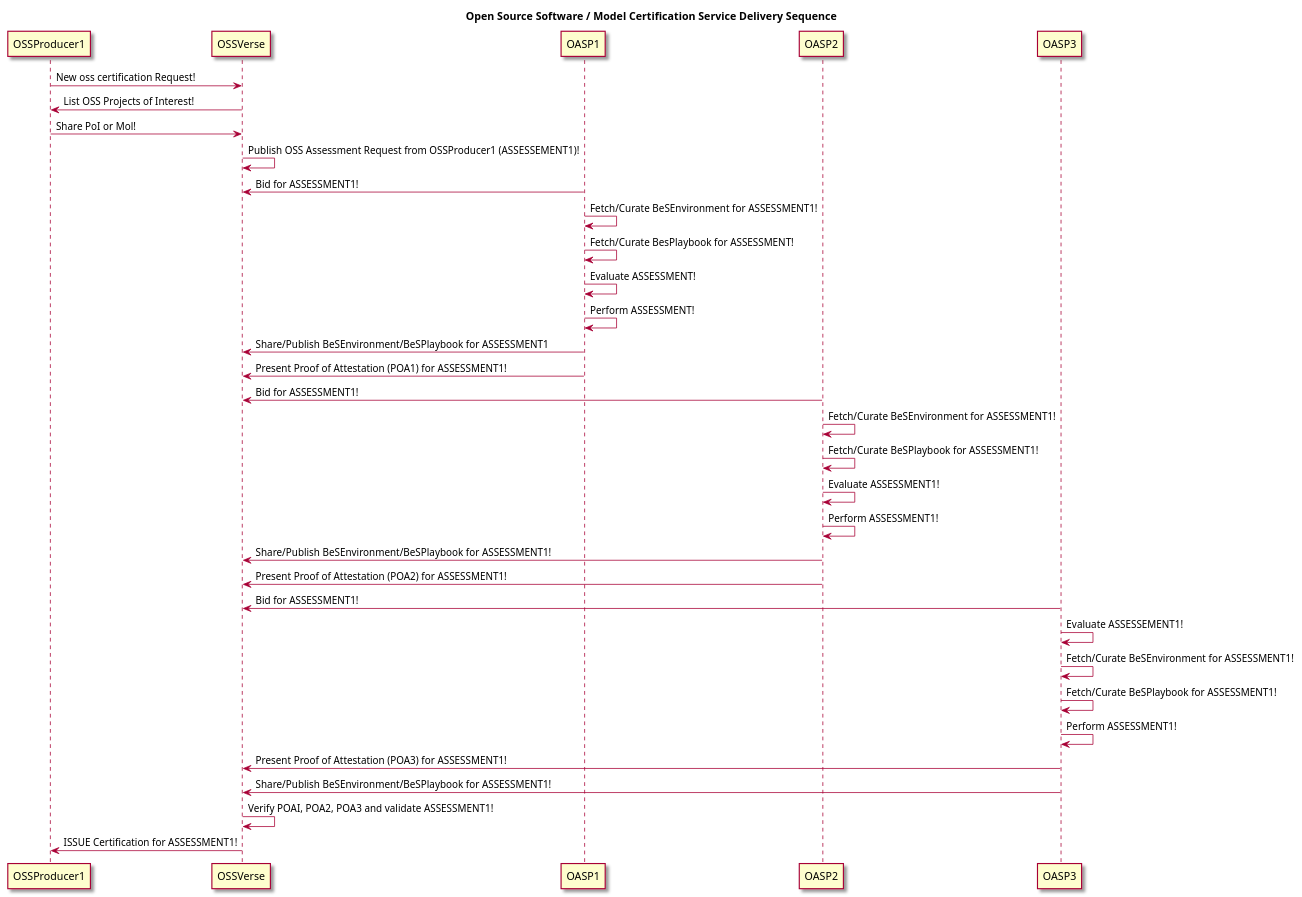
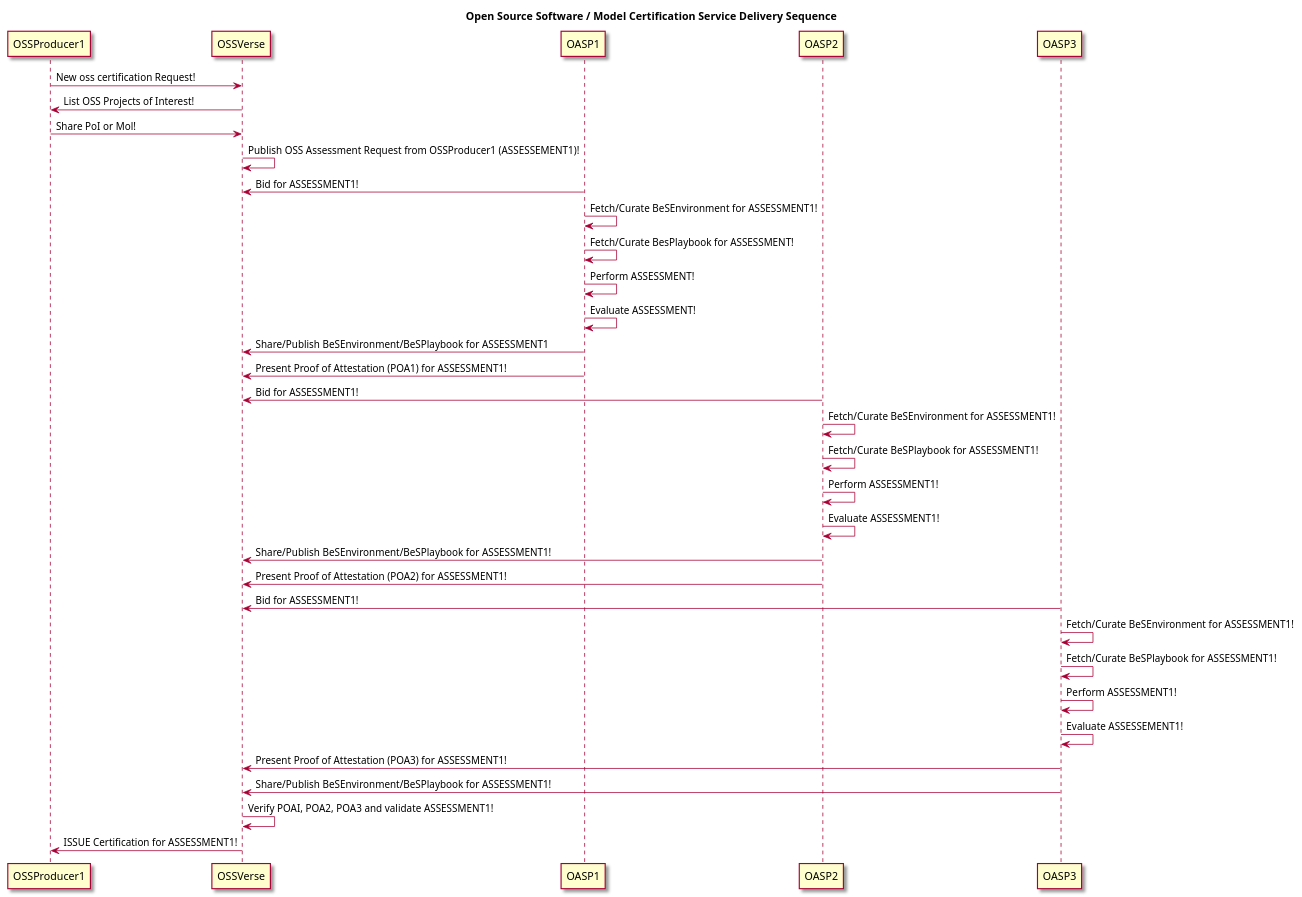
Before and after one commit to OSSVerse/OSSVerse: the diagram in docs/puml/OSSCertificationWorkflow.puml, drawn with PlantUML.

Commit message:
Update OSSCertificationWorkflow.puml
Changed the Order of Perform Assessment and Evaluate Assessment. Earlier the Evaluate was coming before Perform in the sequence diagram

```diff
--- a/docs/puml/OSSCertificationWorkflow.puml
+++ b/docs/puml/OSSCertificationWorkflow.puml
@@ -1,61 +1,59 @@
 @startuml
-
 skin rose
 
 title Open Source Software / Model Certification Service Delivery Sequence
 
 OSSProducer1 -> OSSVerse: New oss certification Request!
 
 OSSVerse -> OSSProducer1: List OSS Projects of Interest!
 
 OSSProducer1 -> OSSVerse: Share PoI or Mol!
 
 OSSVerse -> OSSVerse: Publish OSS Assessment Request from OSSProducer1 (ASSESSEMENT1)!
 
 OASP1 -> OSSVerse: Bid for ASSESSMENT1!
 
 OASP1 -> OASP1: Fetch/Curate BeSEnvironment for ASSESSMENT1!
 
 OASP1 -> OASP1: Fetch/Curate BesPlaybook for ASSESSMENT!
 
+OASP1 -> OASP1: Perform ASSESSMENT!
+
 OASP1 -> OASP1: Evaluate ASSESSMENT!
-
-OASP1 -> OASP1: Perform ASSESSMENT!
 
 OASP1 -> OSSVerse: Share/Publish BeSEnvironment/BeSPlaybook for ASSESSMENT1
 
 OASP1 -> OSSVerse: Present Proof of Attestation (POA1) for ASSESSMENT1!
 
 OASP2 -> OSSVerse: Bid for ASSESSMENT1!
 
 OASP2 -> OASP2: Fetch/Curate BeSEnvironment for ASSESSMENT1!
 
 OASP2 -> OASP2: Fetch/Curate BeSPlaybook for ASSESSMENT1!
 
+OASP2 -> OASP2: Perform ASSESSMENT1!
+
 OASP2 -> OASP2: Evaluate ASSESSMENT1!
-
-OASP2 -> OASP2: Perform ASSESSMENT1!
 
 OASP2 -> OSSVerse: Share/Publish BeSEnvironment/BeSPlaybook for ASSESSMENT1!
 
 OASP2 -> OSSVerse: Present Proof of Attestation (POA2) for ASSESSMENT1!
 
 OASP3 -> OSSVerse: Bid for ASSESSMENT1!
 
-OASP3 -> OASP3: Evaluate ASSESSEMENT1!
-
 OASP3 -> OASP3: Fetch/Curate BeSEnvironment for ASSESSMENT1!
 
 OASP3 -> OASP3: Fetch/Curate BeSPlaybook for ASSESSMENT1!
 
 OASP3 -> OASP3: Perform ASSESSMENT1!
+
+OASP3 -> OASP3: Evaluate ASSESSEMENT1!
 
 OASP3 -> OSSVerse: Present Proof of Attestation (POA3) for ASSESSMENT1!
 
 OASP3 -> OSSVerse: Share/Publish BeSEnvironment/BeSPlaybook for ASSESSMENT1!
 
 OSSVerse -> OSSVerse: Verify POAI, POA2, POA3 and validate ASSESSMENT1!
 
 OSSVerse -> OSSProducer1: ISSUE Certification for ASSESSMENT1!
-
 @enduml
```
